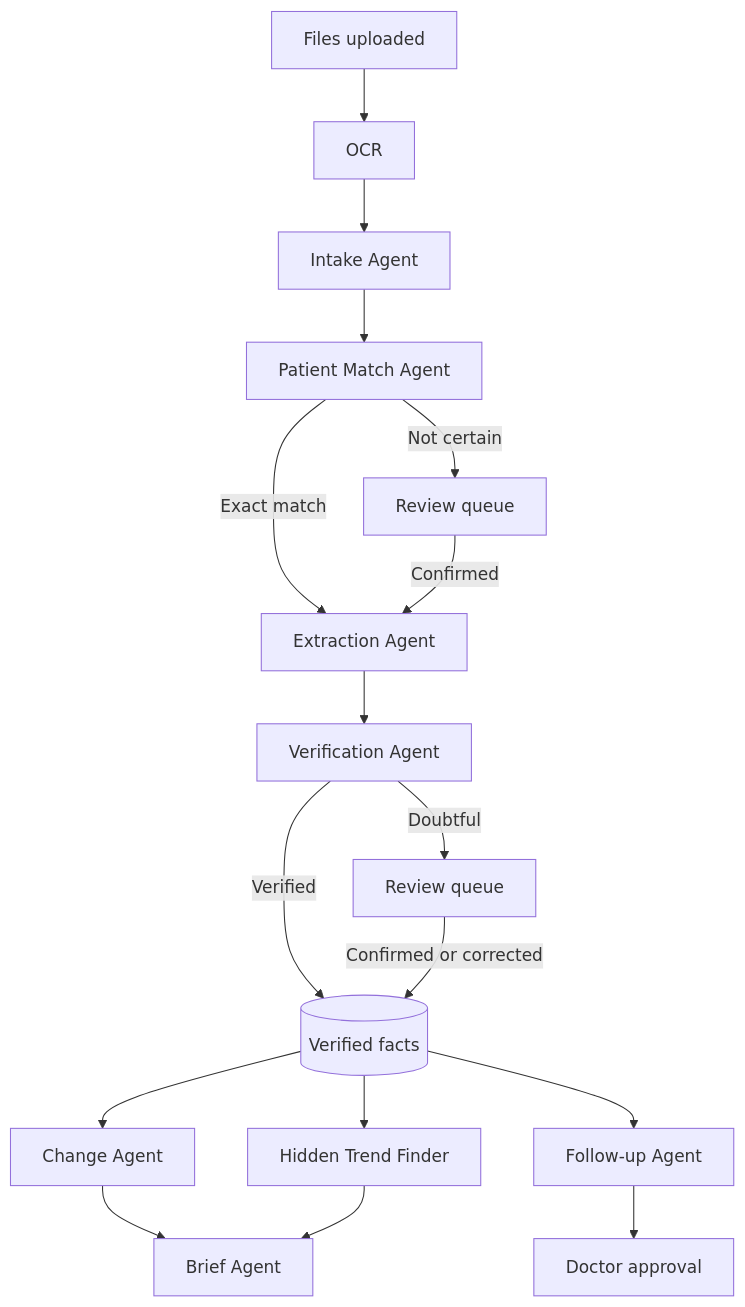
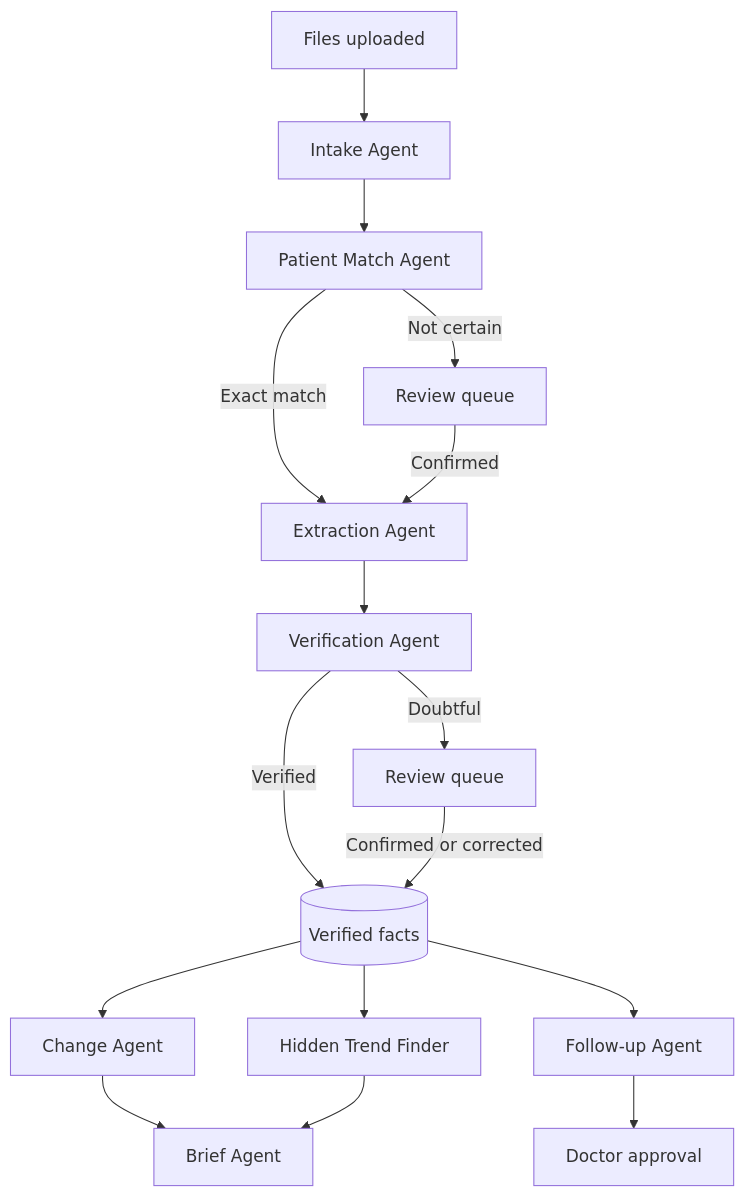
One commit to khurram-Shahid09/ClinicMind changed the diagram in docs/03-agent-design.md. Above: the diagram before and after it, drawn with Mermaid. The commit also changed other lines of this file and 161 other files, not shown here.

````diff
--- a/docs/03-agent-design.md
+++ b/docs/03-agent-design.md
@@ -31,19 +31,18 @@
 ```mermaid
 flowchart TD
-    U[Files uploaded] --> O[OCR]
-    O --> I[Intake Agent]
+    U[Files uploaded] --> I[Intake Agent]
     I --> M[Patient Match Agent]
     M -->|Not certain| R[Review queue]
     M -->|Exact match| E[Extraction Agent]
     R -->|Confirmed| E
     E --> V[Verification Agent]
     V -->|Doubtful| R2[Review queue]
     V -->|Verified| D[(Verified facts)]
     R2 -->|Confirmed or corrected| D
     D --> C[Change Agent]
     D --> T[Hidden Trend Finder]
     C --> B[Brief Agent]
     T --> B
     D --> F[Follow-up Agent]
     F --> A[Doctor approval]
 ```
````
